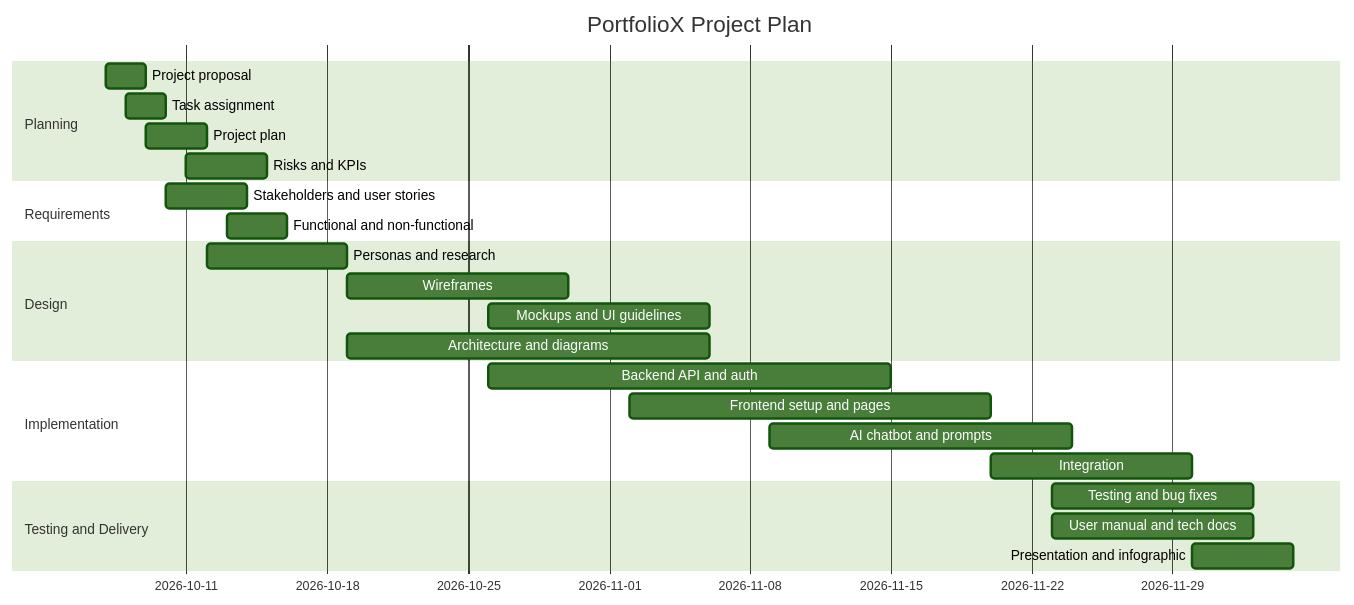
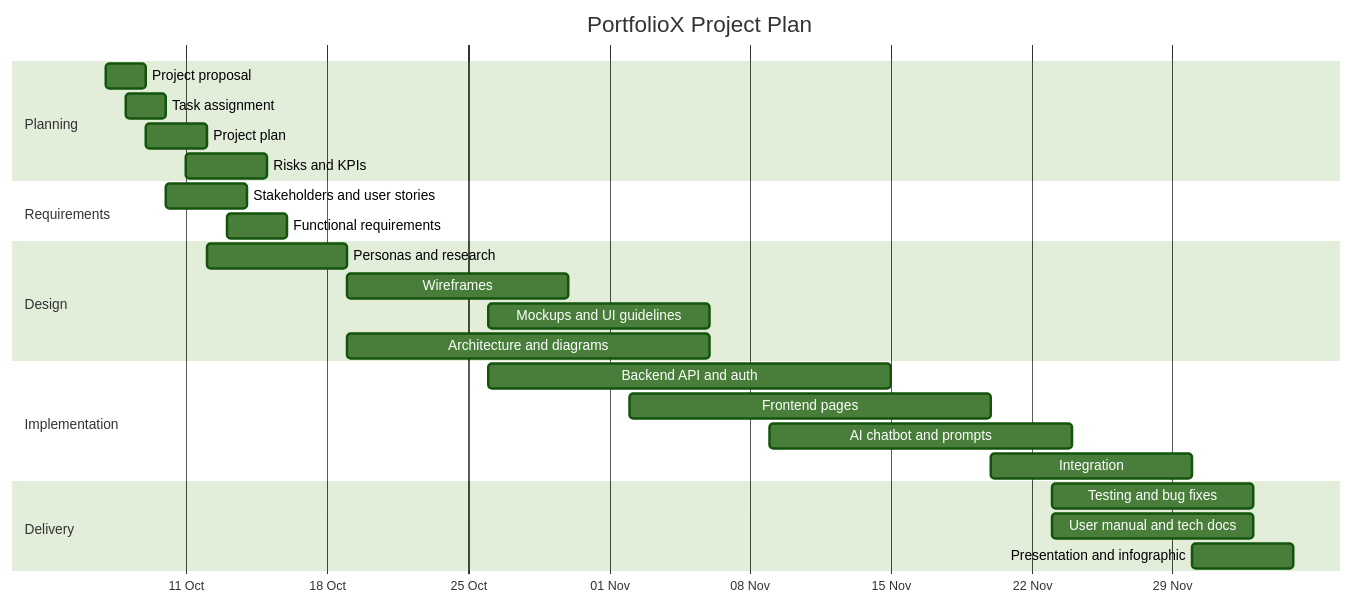
Before and after one commit to nadamomtaz/PortfolioX: the diagram in docs/1-planning/03-project-plan.md, drawn with Mermaid (forest theme).

Commit message:
Revise project plan and add delivery section
Updated project plan with clearer task descriptions and added a delivery section for testing and documentation.

````diff
--- a/docs/1-planning/03-project-plan.md
+++ b/docs/1-planning/03-project-plan.md
@@ -14,27 +14,33 @@
 ```mermaid
 gantt
     title PortfolioX Project Plan
     dateFormat YYYY-MM-DD
+    axisFormat %d %b
+
     section Planning
-    Project proposal           :p1, 2026-10-07, 2d
-    Task assignment            :p2, 2026-10-08, 2d
-    Project plan               :p3, 2026-10-09, 3d
-    Risks and KPIs             :p4, 2026-10-11, 4d
+    Project proposal :2026-10-07, 2d
+    Task assignment :2026-10-08, 2d
+    Project plan :2026-10-09, 3d
+    Risks and KPIs :2026-10-11, 4d
+
     section Requirements
-    Stakeholders and user stories :r1, 2026-10-10, 4d
-    Functional and non-functional :r2, 2026-10-13, 3d
+    Stakeholders and user stories :2026-10-10, 4d
+    Functional requirements :2026-10-13, 3d
+
     section Design
-    Personas and research      :d1, 2026-10-12, 7d
-    Wireframes                 :d2, 2026-10-19, 11d
-    Mockups and UI guidelines  :d3, 2026-10-26, 11d
-    Architecture and diagrams  :d4, 2026-10-19, 18d
+    Personas and research :2026-10-12, 7d
+    Wireframes :2026-10-19, 11d
+    Mockups and UI guidelines :2026-10-26, 11d
+    Architecture and diagrams :2026-10-19, 18d
+
     section Implementation
-    Backend API and auth       :i1, 2026-10-26, 20d
-    Frontend setup and pages   :i2, 2026-11-02, 18d
-    AI chatbot and prompts     :i3, 2026-11-09, 15d
-    Integration                :i4, 2026-11-20, 10d
-    section Testing and Delivery
-    Testing and bug fixes      :t1, 2026-11-23, 10d
-    User manual and tech docs  :t2, 2026-11-23, 10d
-    Presentation and infographic :t3, 2026-11-30, 5d
+    Backend API and auth :2026-10-26, 20d
+    Frontend pages :2026-11-02, 18d
+    AI chatbot and prompts :2026-11-09, 15d
+    Integration :2026-11-20, 10d
+
+    section Delivery
+    Testing and bug fixes :2026-11-23, 10d
+    User manual and tech docs :2026-11-23, 10d
+    Presentation and infographic :2026-11-30, 5d
 ```
````
